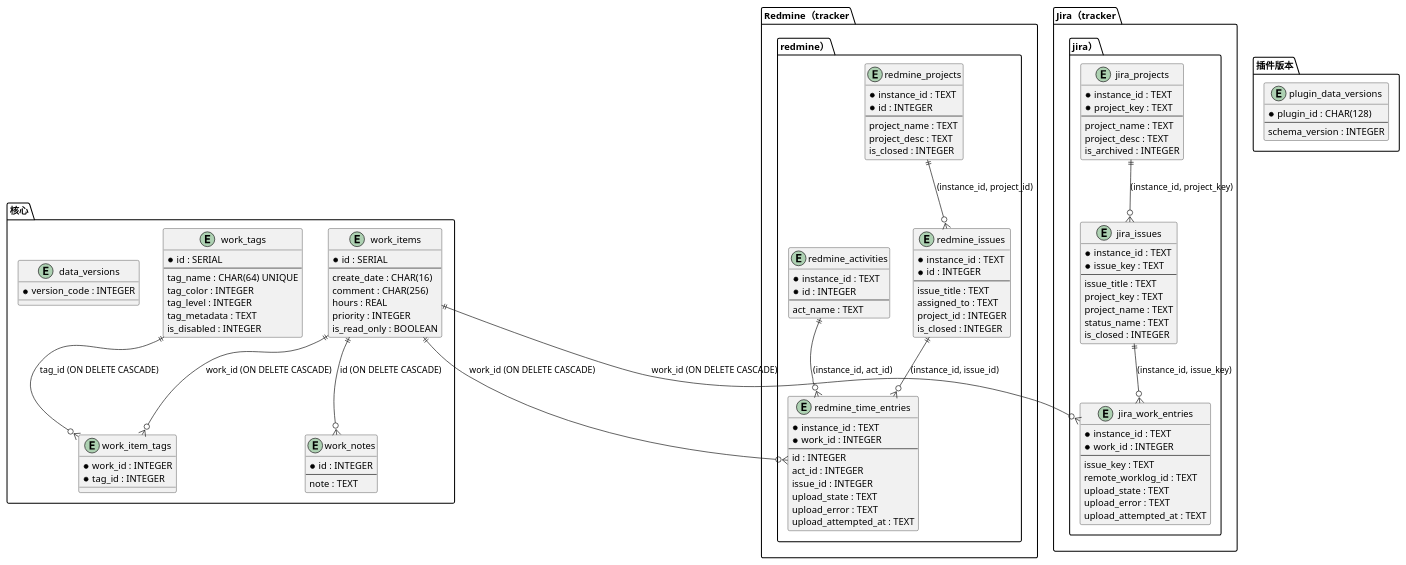
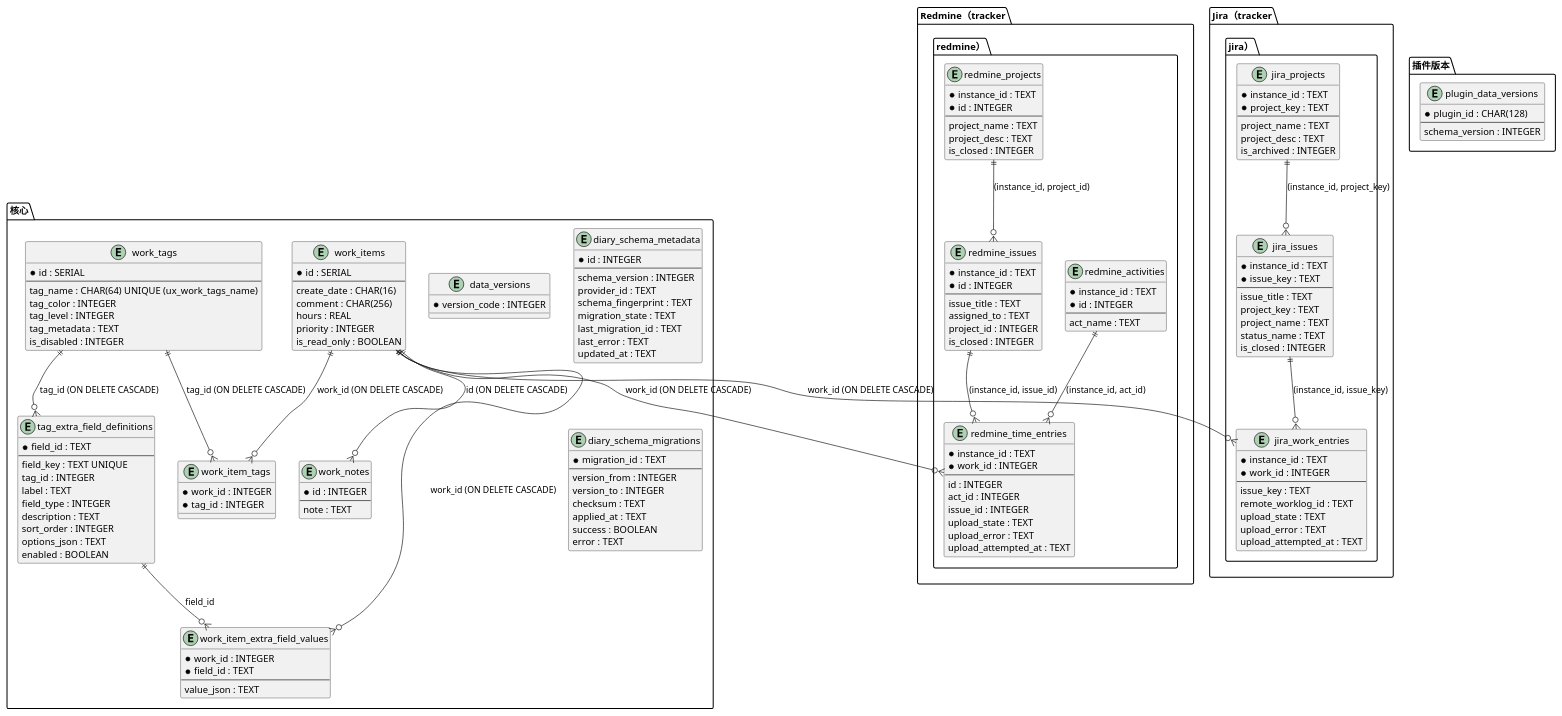
One commit to micro123/diary-app changed the diagram in Docs/diagrams/database-schema.puml. Above: the diagram before and after it, drawn with PlantUML. The commit also changed 20 other files, not shown here.

```diff
--- a/Docs/diagrams/database-schema.puml
+++ b/Docs/diagrams/database-schema.puml
@@ -1,129 +1,171 @@
 @startuml
 skinparam shadowing false
 ' 当前 PostgreSQL schema（SQLite 列结构一致，类型为 SQLite 对应类型）。
 ' 核心表来源：Diary.Db.PostgreSQL/PgDb.cs；
 ' Redmine 表来源：Diary.RedMine/RedMineInitialMigration.cs（0 -> 1）；
 ' Jira 表来源：Diary.Jira/JiraInitialMigration.cs（0 -> 1）；
 ' plugin_data_versions 由各 provider 扩展创建（PgRedMineDb.cs / PgJiraDb.cs）。
 ' 历史旧 schema 参考见 Docs/SQLiteInit.sql（自声明历史文件，不可用于初始化）。
 
 package "核心" {
   entity "work_tags" as work_tags {
     * id : SERIAL
     --
-    tag_name : CHAR(64) UNIQUE
+    tag_name : CHAR(64) UNIQUE (ux_work_tags_name)
     tag_color : INTEGER
     tag_level : INTEGER
     tag_metadata : TEXT
     is_disabled : INTEGER
   }
   entity "work_items" as work_items {
     * id : SERIAL
     --
     create_date : CHAR(16)
     comment : CHAR(256)
     hours : REAL
     priority : INTEGER
     is_read_only : BOOLEAN
   }
   entity "work_notes" as work_notes {
     * id : INTEGER
     --
     note : TEXT
   }
   entity "work_item_tags" as work_item_tags {
     * work_id : INTEGER
     * tag_id : INTEGER
   }
   entity "data_versions" as data_versions {
     * version_code : INTEGER
+  }
+  entity "tag_extra_field_definitions" as tag_extra_field_definitions {
+    * field_id : TEXT
+    --
+    field_key : TEXT UNIQUE
+    tag_id : INTEGER
+    label : TEXT
+    field_type : INTEGER
+    description : TEXT
+    sort_order : INTEGER
+    options_json : TEXT
+    enabled : BOOLEAN
+  }
+  entity "work_item_extra_field_values" as work_item_extra_field_values {
+    * work_id : INTEGER
+    * field_id : TEXT
+    --
+    value_json : TEXT
+  }
+  entity "diary_schema_metadata" as diary_schema_metadata {
+    * id : INTEGER
+    --
+    schema_version : INTEGER
+    provider_id : TEXT
+    schema_fingerprint : TEXT
+    migration_state : TEXT
+    last_migration_id : TEXT
+    last_error : TEXT
+    updated_at : TEXT
+  }
+  entity "diary_schema_migrations" as diary_schema_migrations {
+    * migration_id : TEXT
+    --
+    version_from : INTEGER
+    version_to : INTEGER
+    checksum : TEXT
+    applied_at : TEXT
+    success : BOOLEAN
+    error : TEXT
   }
 }
 
 package "Redmine（tracker.redmine）" {
   entity "redmine_projects" as redmine_projects {
     * instance_id : TEXT
     * id : INTEGER
     --
     project_name : TEXT
     project_desc : TEXT
     is_closed : INTEGER
   }
   entity "redmine_activities" as redmine_activities {
     * instance_id : TEXT
     * id : INTEGER
     --
     act_name : TEXT
   }
   entity "redmine_issues" as redmine_issues {
     * instance_id : TEXT
     * id : INTEGER
     --
     issue_title : TEXT
     assigned_to : TEXT
     project_id : INTEGER
     is_closed : INTEGER
   }
   entity "redmine_time_entries" as redmine_time_entries {
     * instance_id : TEXT
     * work_id : INTEGER
     --
     id : INTEGER
     act_id : INTEGER
     issue_id : INTEGER
     upload_state : TEXT
     upload_error : TEXT
     upload_attempted_at : TEXT
   }
 }
 
 package "Jira（tracker.jira）" {
   entity "jira_projects" as jira_projects {
     * instance_id : TEXT
     * project_key : TEXT
     --
     project_name : TEXT
     project_desc : TEXT
     is_archived : INTEGER
   }
   entity "jira_issues" as jira_issues {
     * instance_id : TEXT
     * issue_key : TEXT
     --
     issue_title : TEXT
     project_key : TEXT
     project_name : TEXT
     status_name : TEXT
     is_closed : INTEGER
   }
   entity "jira_work_entries" as jira_work_entries {
     * instance_id : TEXT
     * work_id : INTEGER
     --
     issue_key : TEXT
     remote_worklog_id : TEXT
     upload_state : TEXT
     upload_error : TEXT
     upload_attempted_at : TEXT
   }
 }
 
 package "插件版本" {
   entity "plugin_data_versions" as plugin_data_versions {
     * plugin_id : CHAR(128)
     --
     schema_version : INTEGER
   }
 }
 
 work_items ||--o{ work_notes : "id (ON DELETE CASCADE)"
 work_items ||--o{ work_item_tags : "work_id (ON DELETE CASCADE)"
 work_tags ||--o{ work_item_tags : "tag_id (ON DELETE CASCADE)"
+work_tags ||--o{ tag_extra_field_definitions : "tag_id (ON DELETE CASCADE)"
+work_items ||--o{ work_item_extra_field_values : "work_id (ON DELETE CASCADE)"
+tag_extra_field_definitions ||--o{ work_item_extra_field_values : "field_id"
 redmine_projects ||--o{ redmine_issues : "(instance_id, project_id)"
 redmine_activities ||--o{ redmine_time_entries : "(instance_id, act_id)"
 redmine_issues ||--o{ redmine_time_entries : "(instance_id, issue_id)"
 work_items ||--o{ redmine_time_entries : "work_id (ON DELETE CASCADE)"
 jira_projects ||--o{ jira_issues : "(instance_id, project_key)"
 jira_issues ||--o{ jira_work_entries : "(instance_id, issue_key)"
 work_items ||--o{ jira_work_entries : "work_id (ON DELETE CASCADE)"
 @enduml
```
